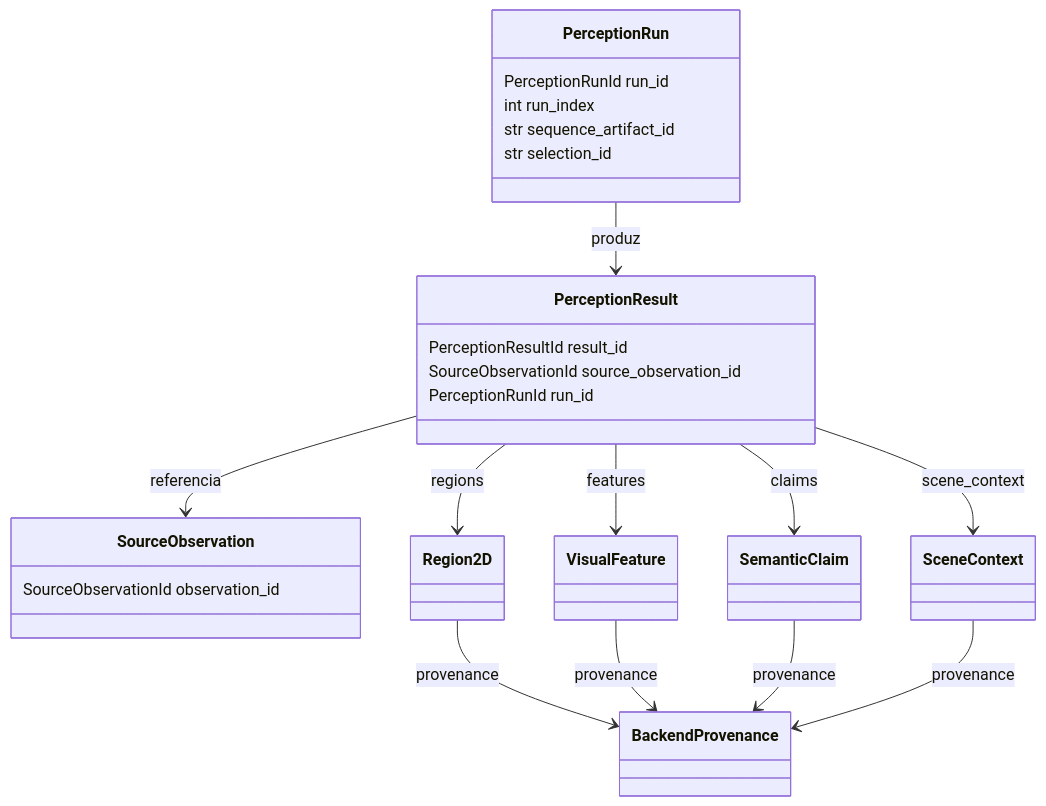
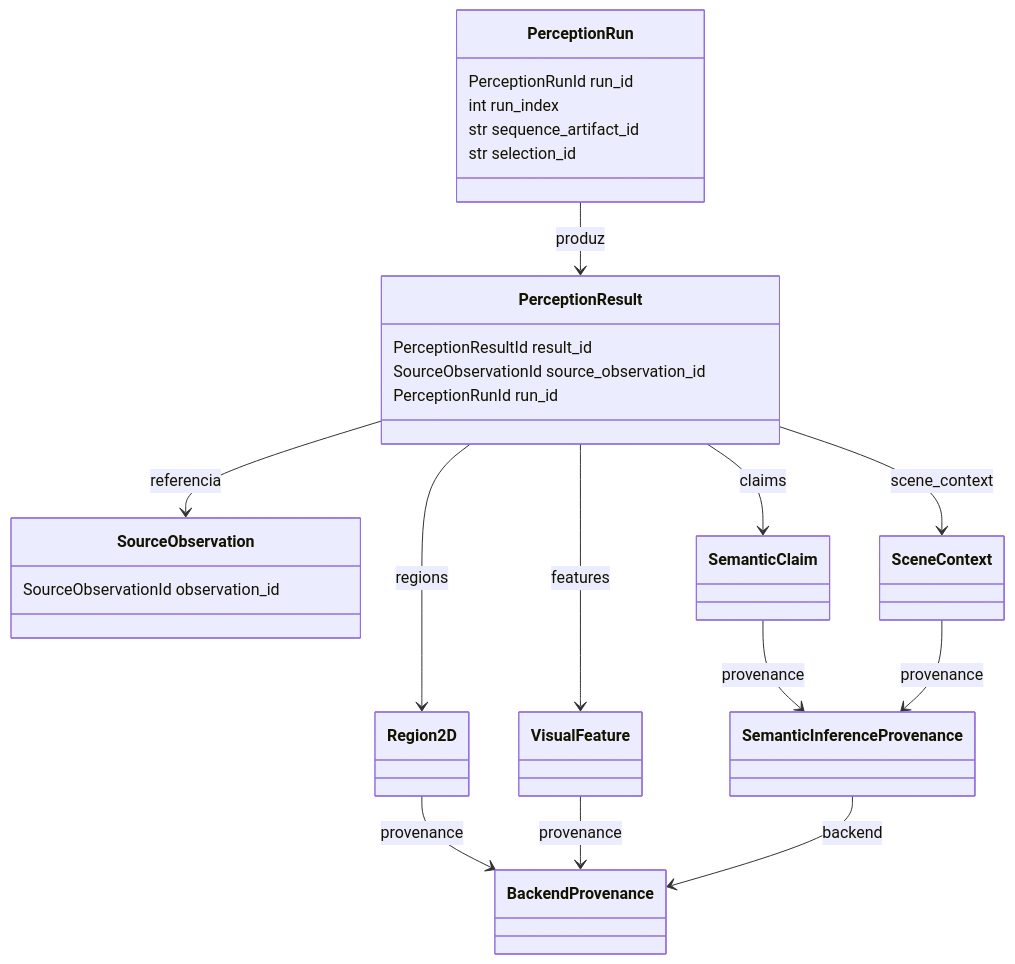
The second of 2 diagrams in src/contextmap/visual_perception/docs/contracts.md (Alexandre-Tortoza/contextmap2), drawn with Mermaid before and after one commit. The commit also changed other lines of this file and 11 other files, not shown here.

````diff
--- a/src/contextmap/visual_perception/docs/contracts.md
+++ b/src/contextmap/visual_perception/docs/contracts.md
@@ -24,33 +24,35 @@
 ```mermaid
 classDiagram
     class SourceObservation {
         SourceObservationId observation_id
     }
     class PerceptionRun {
         PerceptionRunId run_id
         int run_index
         str sequence_artifact_id
         str selection_id
     }
     class PerceptionResult {
         PerceptionResultId result_id
         SourceObservationId source_observation_id
         PerceptionRunId run_id
     }
     class Region2D
     class VisualFeature
     class SemanticClaim
     class SceneContext
+    class SemanticInferenceProvenance
     class BackendProvenance
 
     PerceptionRun --> PerceptionResult : produz
     PerceptionResult --> SourceObservation : referencia
     PerceptionResult --> Region2D : regions
     PerceptionResult --> VisualFeature : features
     PerceptionResult --> SemanticClaim : claims
     PerceptionResult --> SceneContext : scene_context
     Region2D --> BackendProvenance : provenance
     VisualFeature --> BackendProvenance : provenance
-    SemanticClaim --> BackendProvenance : provenance
-    SceneContext --> BackendProvenance : provenance
+    SemanticClaim --> SemanticInferenceProvenance : provenance
+    SceneContext --> SemanticInferenceProvenance : provenance
+    SemanticInferenceProvenance --> BackendProvenance : backend
 ```
````
